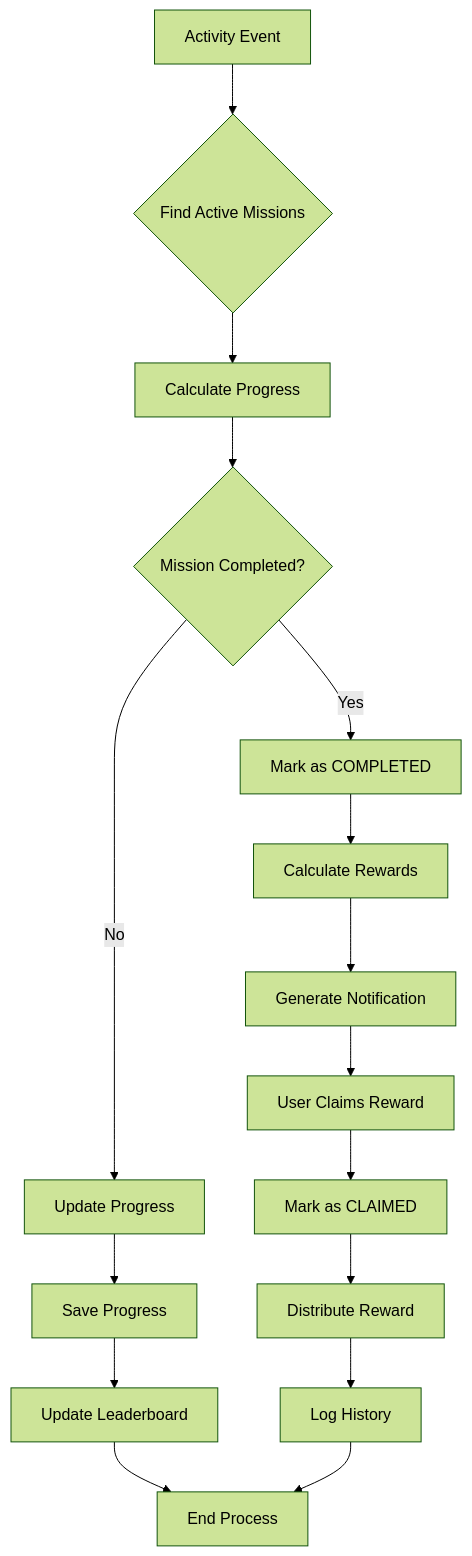
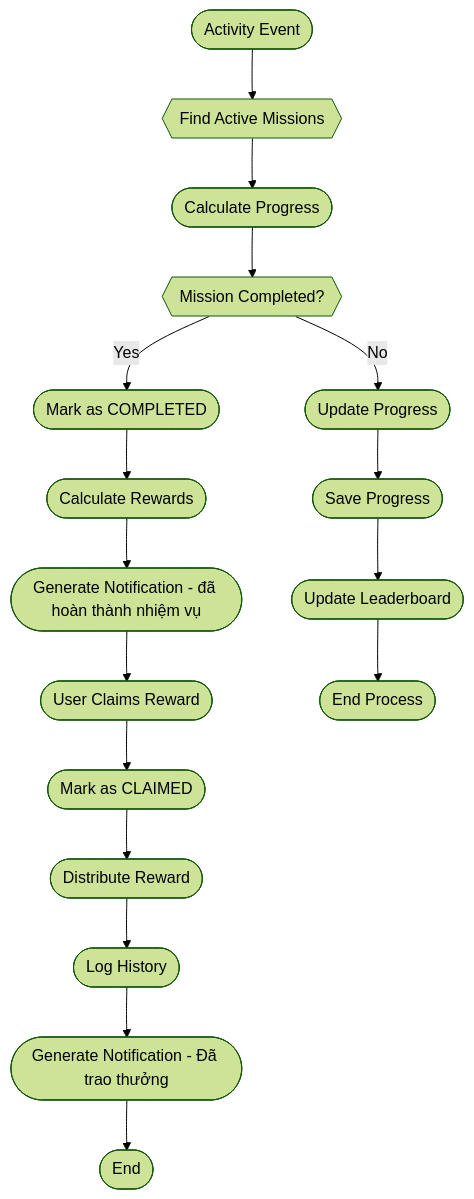
Before and after one commit to aronans8/git-workflow: the second of 4 diagrams in gamification-detail.md, drawn with Mermaid (forest theme).

````diff
--- a/gamification-detail.md
+++ b/gamification-detail.md
@@ -166,18 +166,20 @@
 ```mermaid
 graph TD
-    A[Activity Event] --> B{Find Active Missions}
-    B --> C[Calculate Progress]
-    C --> D{Mission Completed?}
-    D -->|Yes| E[Mark as COMPLETED]
-    D -->|No| F[Update Progress]
-    E --> G[Calculate Rewards]
-    F --> H[Save Progress]
-    G --> I[Generate Notification]
-    H --> J[Update Leaderboard]
-    I --> K[User Claims Reward]
-    J --> L[End Process]
-    K --> M[Mark as CLAIMED]
-    M --> N[Distribute Reward]
-    N --> O[Log History]
-    O --> L
+    A([Activity Event]) --> B{{Find Active Missions}}
+    B --> C([Calculate Progress])
+    C --> D{{Mission Completed?}}
+    D -->|Yes| E([Mark as COMPLETED])
+    D -->|No| F([Update Progress])
+    E --> G([Calculate Rewards])
+    F --> H([Save Progress])
+    G --> I([Generate Notification - đã hoàn thành nhiệm vụ])
+    H --> J([Update Leaderboard])
+    I --> K([User Claims Reward])
+    J --> L([End Process])
+    K --> M([Mark as CLAIMED])
+    M --> N([Distribute Reward])
+    N --> O([Log History])
+    O --> P([Generate Notification - Đã trao thưởng])
+    P --> Q([End])
+
 ```
````
